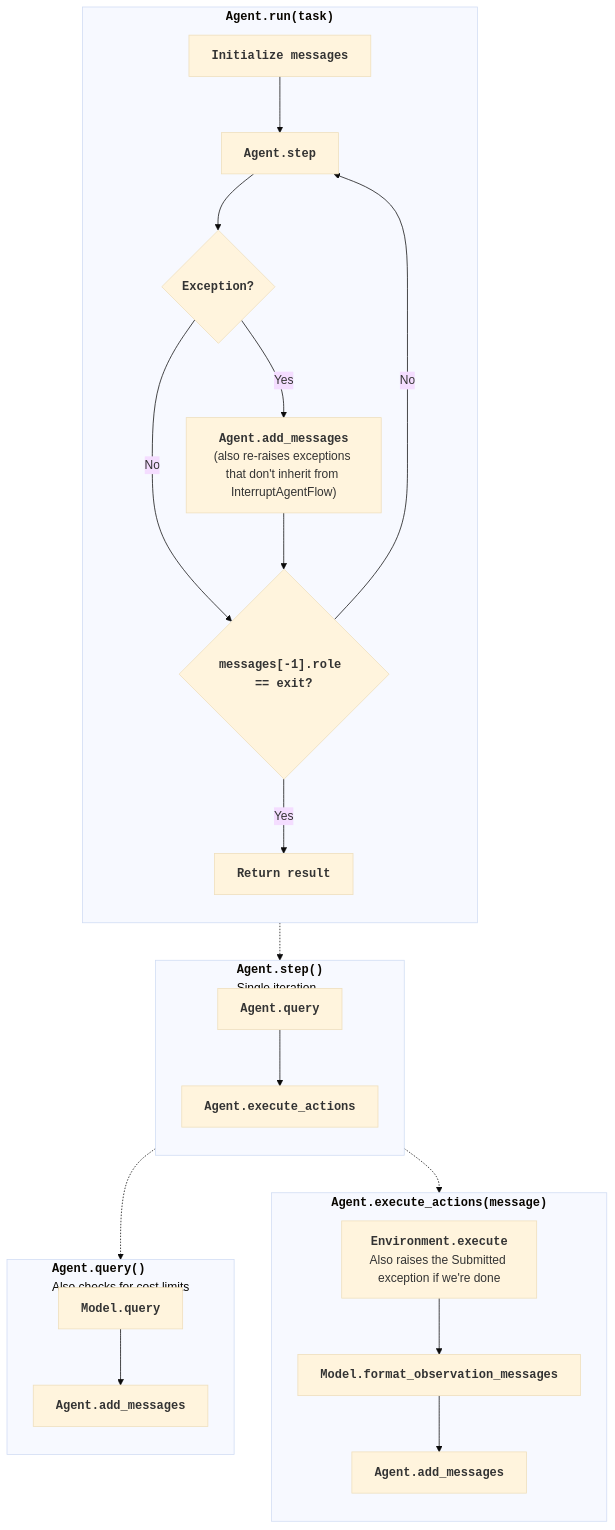
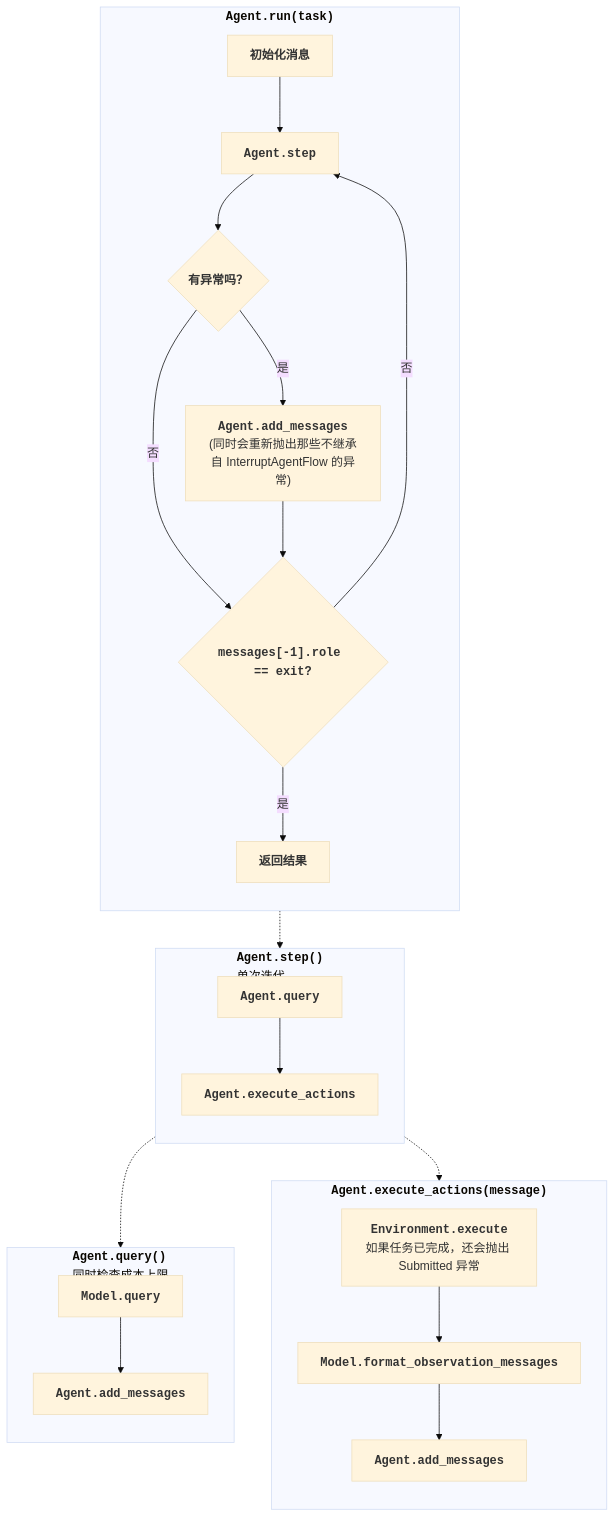
The diagram in docs/advanced/control_flow.md (favorqwer/my-agent), drawn with Mermaid (base theme) before and after one commit. The commit also changed other lines of this file and 55 other files, not shown here.

````diff
--- a/docs/advanced/control_flow.md
+++ b/docs/advanced/control_flow.md
@@ -14,33 +14,33 @@
 ```mermaid
 flowchart TD
     subgraph run["<b><code>Agent.run(task)</code></b>"]
         direction TB
-        A["<b><code>Initialize messages</code></b>"] --> B
-        B["<b><code>Agent.step</code></b>"] --> C{"<b><code>Exception?</code></b>"}
-        C -->|Yes| D["<b><code>Agent.add_messages</code></b><br/>(also re-raises exceptions that don't inherit from InterruptAgentFlow)"]
-        C -->|No| E{"<b><code>messages[-1].role == exit?</code></b>"}
+        A["<b><code>初始化消息</code></b>"] --> B
+        B["<b><code>Agent.step</code></b>"] --> C{"<b><code>有异常吗？</code></b>"}
+        C -->|是| D["<b><code>Agent.add_messages</code></b><br/>(同时会重新抛出那些不继承自 InterruptAgentFlow 的异常)"]
+        C -->|否| E{"<b><code>messages[-1].role == exit?</code></b>"}
         D --> E
-        E -->|No| B
-        E -->|Yes| F["<b><code>Return result</code></b>"]
+        E -->|否| B
+        E -->|是| F["<b><code>返回结果</code></b>"]
     end
 
-    subgraph step["<b><code>Agent.step()</code></b><br>Single iteration</br>"]
+    subgraph step["<b><code>Agent.step()</code></b><br>单次迭代</br>"]
         direction TB
         S1["<b><code>Agent.query</code></b>"] --> S2["<b><code>Agent.execute_actions</code></b>"]
     end
 
-    subgraph query["<b><code>Agent.query()</code></b><br>Also checks for cost limits</br><br></br>"]
+    subgraph query["<b><code>Agent.query()</code></b><br>同时检查成本上限</br><br></br>"]
         direction TB
         Q3["<b><code>Model.query</code></b>"] --> Q4["<b><code>Agent.add_messages</code></b>"]
     end
 
     subgraph execute_actions["<b><code>Agent.execute_actions(message)</code></b>"]
         direction TB
-        E2["<b><code>Environment.execute</code></b><br/>Also raises the Submitted exception if we're done"] --> E3["<b><code>Model.format_observation_messages</code></b>"]
+        E2["<b><code>Environment.execute</code></b><br/>如果任务已完成，还会抛出 Submitted 异常"] --> E3["<b><code>Model.format_observation_messages</code></b>"]
         E3 --> E4["<b><code>Agent.add_messages</code></b>"]
     end
 
     B -.-> step
     S1 -.-> query
     S2 -.-> execute_actions
 ```
````
